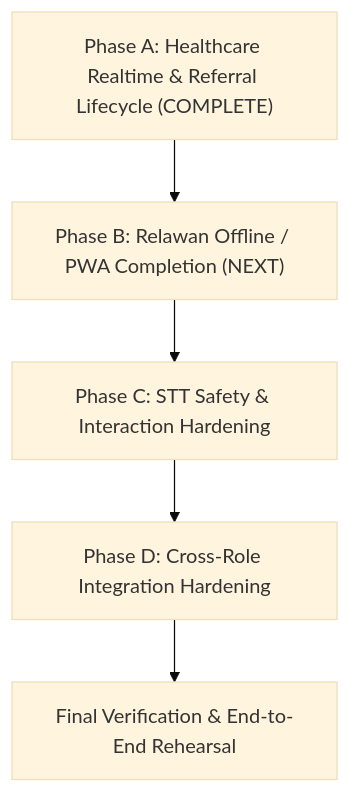
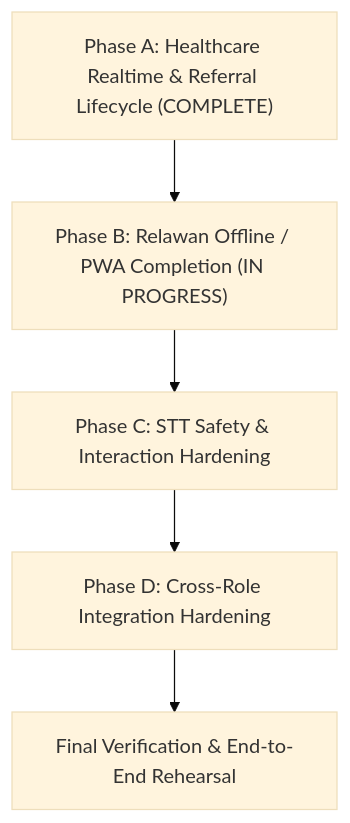
Before and after one commit to afrizaldwi/rapid-mind: the diagram in docs/RAPID_MIND_TECHNICAL_PLAN.md, drawn with Mermaid (base theme). The commit also changed other lines of this file and 2 other files, not shown here.

Commit message:
docs(plan): record phase B1 completion and verification

````diff
--- a/docs/RAPID_MIND_TECHNICAL_PLAN.md
+++ b/docs/RAPID_MIND_TECHNICAL_PLAN.md
@@ -93,10 +94,10 @@
 ```mermaid
 flowchart TD
     PhaseA["Phase A: Healthcare Realtime & Referral Lifecycle (COMPLETE)"]
-    PhaseB["Phase B: Relawan Offline / PWA Completion (NEXT)"]
+   PhaseB["Phase B: Relawan Offline / PWA Completion (IN PROGRESS)"]
     PhaseC["Phase C: STT Safety & Interaction Hardening"]
     PhaseD["Phase D: Cross-Role Integration Hardening"]
     FinalVerif["Final Verification & End-to-End Rehearsal"]
 
     PhaseA --> PhaseB --> PhaseC --> PhaseD --> FinalVerif
 ```
````
